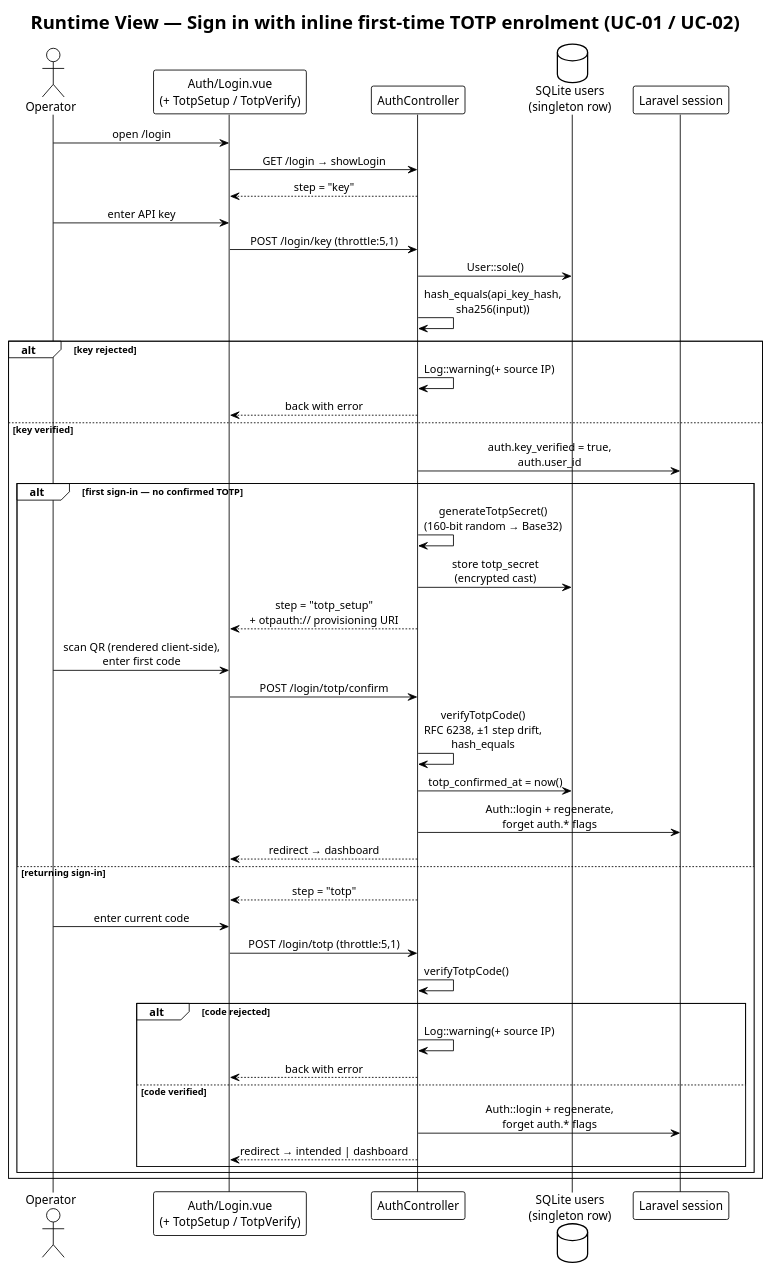
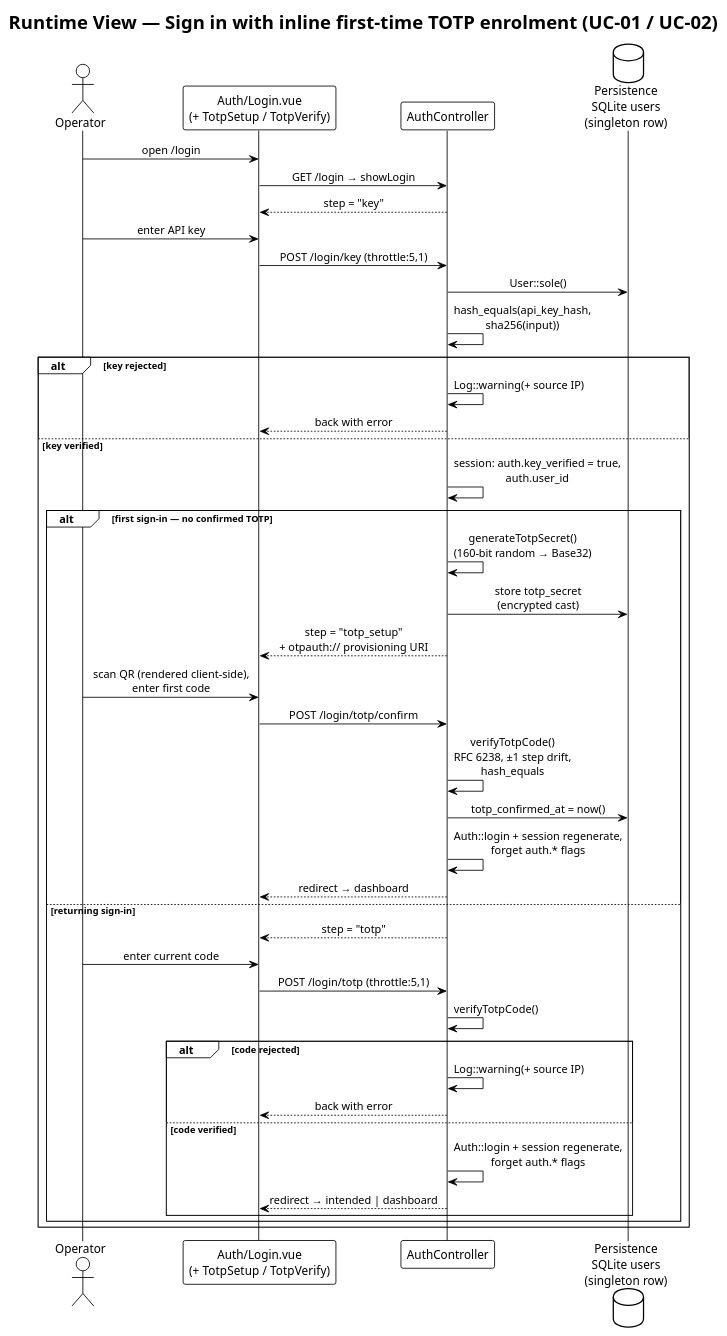
Before and after one commit to carstenlucke/herold: the diagram in docs/arch/diagrams/a06-sign-in.plantuml, drawn with PlantUML. The commit also changed 9 other files, not shown here.

```diff
--- a/docs/arch/diagrams/a06-sign-in.plantuml
+++ b/docs/arch/diagrams/a06-sign-in.plantuml
@@ -1,52 +1,51 @@
 @startuml a06-sign-in
 !theme plain
 skinparam sequenceMessageAlign center
 
 title Runtime View — Sign in with inline first-time TOTP enrolment (UC-01 / UC-02)
 
 actor Operator as op
 participant "Auth/Login.vue\n(+ TotpSetup / TotpVerify)" as ui
 participant "AuthController" as auth
-database "SQLite users\n(singleton row)" as db
-participant "Laravel session" as sess
+database "Persistence\nSQLite users\n(singleton row)" as db
 
 op -> ui : open /login
 ui -> auth : GET /login → showLogin
 auth --> ui : step = "key"
 
 op -> ui : enter API key
 ui -> auth : POST /login/key (throttle:5,1)
 auth -> db : User::sole()
 auth -> auth : hash_equals(api_key_hash,\nsha256(input))
 
 alt key rejected
   auth -> auth : Log::warning(+ source IP)
   auth --> ui : back with error
 else key verified
-  auth -> sess : auth.key_verified = true,\nauth.user_id
+  auth -> auth : session: auth.key_verified = true,\nauth.user_id
   alt first sign-in — no confirmed TOTP
     auth -> auth : generateTotpSecret()\n(160-bit random → Base32)
     auth -> db : store totp_secret\n(encrypted cast)
     auth --> ui : step = "totp_setup"\n+ otpauth:// provisioning URI
     op -> ui : scan QR (rendered client-side),\nenter first code
     ui -> auth : POST /login/totp/confirm
     auth -> auth : verifyTotpCode()\nRFC 6238, ±1 step drift,\nhash_equals
     auth -> db : totp_confirmed_at = now()
-    auth -> sess : Auth::login + regenerate,\nforget auth.* flags
+    auth -> auth : Auth::login + session regenerate,\nforget auth.* flags
     auth --> ui : redirect → dashboard
   else returning sign-in
     auth --> ui : step = "totp"
     op -> ui : enter current code
     ui -> auth : POST /login/totp (throttle:5,1)
     auth -> auth : verifyTotpCode()
     alt code rejected
       auth -> auth : Log::warning(+ source IP)
       auth --> ui : back with error
     else code verified
-      auth -> sess : Auth::login + regenerate,\nforget auth.* flags
+      auth -> auth : Auth::login + session regenerate,\nforget auth.* flags
       auth --> ui : redirect → intended | dashboard
     end
   end
 end
 
 @enduml
```
